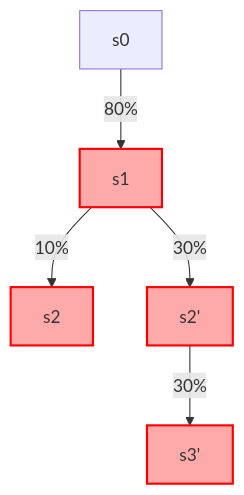
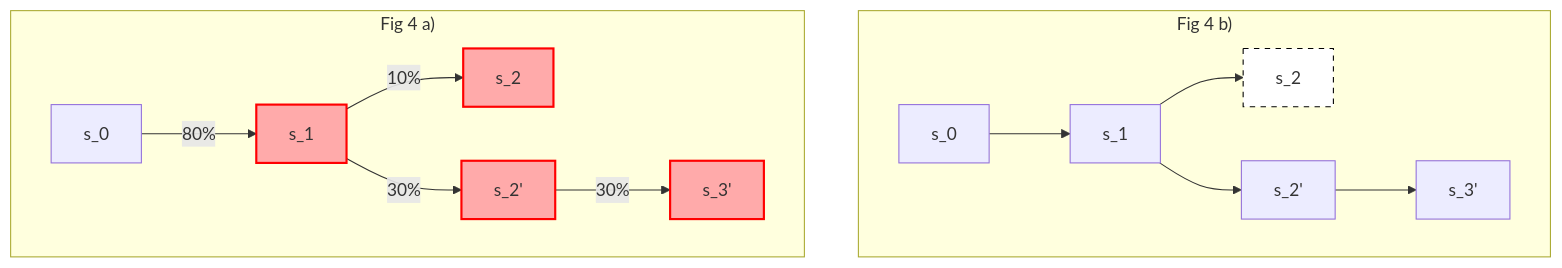
The fourth of 4 diagrams in MD/md-116/README.md (movementlabsxyz/MIP), drawn with Mermaid before and after one commit. The commit also changed other lines of this file, not shown here.

Commit message:
update mermaids

````diff
--- a/MD/md-116/README.md
+++ b/MD/md-116/README.md
@@ -353,12 +328,27 @@
 ```mermaid
 graph TD
-  s0 -->|80%| s1
-  s1 -->|10%| s2
-  s1 -->|30%| s2'
-  s2' --> |30%| s3'
 
-  style s1 fill:#faa,stroke:#f00,stroke-width:2px
-  style s2 fill:#faa,stroke:#f00,stroke-width:2px
-  style s2' fill:#faa,stroke:#f00,stroke-width:2px
-  style s3' fill:#faa,stroke:#f00,stroke-width:2px
+  %% Subgraph for Fig 4 b
+  subgraph "Fig 4 b)"
+    s0b["s_0"] --> s1b["s_1"]
+    s1b --> s2b["s_2"]
+    s1b --> s2b'["s_2'"]
+    s2b' --> s3b'["s_3'"]
+
+    style s2b fill:#fff,stroke:#000,stroke-width:1px,stroke-dasharray: 5 5
+  end
+
+  %% Subgraph for Fig 4 a
+  subgraph "Fig 4 a)"
+    s0a["s_0"] -->|80%| s1a["s_1"]
+    s1a -->|10%| s2a["s_2"]
+    s1a -->|30%| s2a'["s_2'"]
+    s2a' -->|30%| s3a'["s_3'"]
+
+    style s1a fill:#faa,stroke:#f00,stroke-width:2px
+    style s2a fill:#faa,stroke:#f00,stroke-width:2px
+    style s2a' fill:#faa,stroke:#f00,stroke-width:2px
+    style s3a' fill:#faa,stroke:#f00,stroke-width:2px
+  end
+
 ```
````
